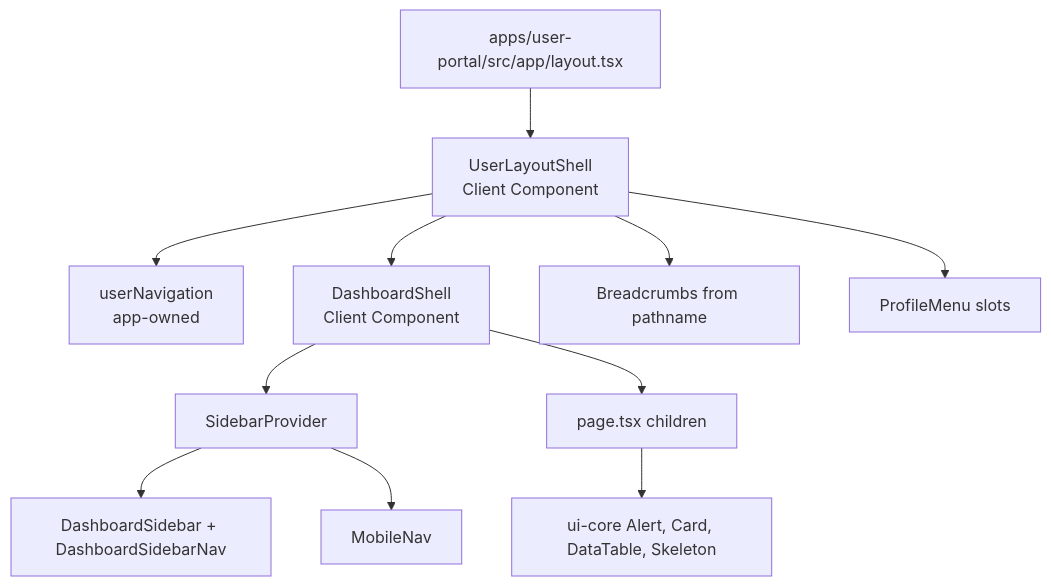
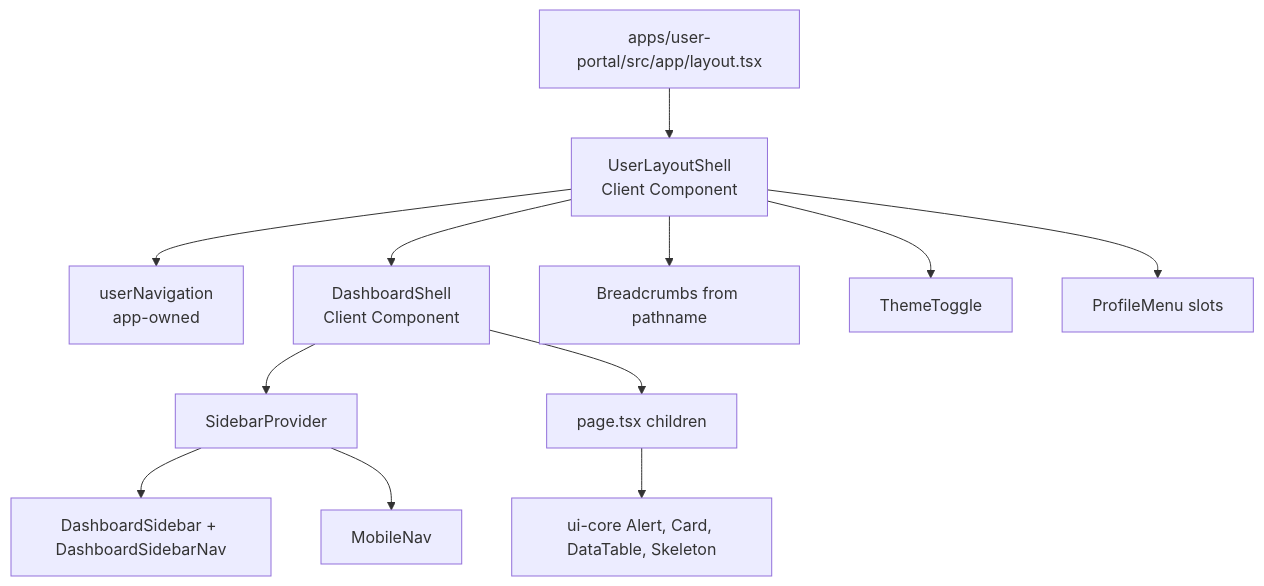
Before and after one commit to chukwuemekanweke/nextjs-project-template: the diagram in docs/architecture/03-shared-dashboard-architecture.md, drawn with Mermaid. The commit also changed other lines of this file and 45 other files, not shown here.

````diff
--- a/docs/architecture/03-shared-dashboard-architecture.md
+++ b/docs/architecture/03-shared-dashboard-architecture.md
@@ -9,13 +9,14 @@
 ```mermaid
 flowchart TD
   layout[apps/user-portal/src/app/layout.tsx] --> shell[UserLayoutShell\nClient Component]
   shell --> nav[userNavigation\napp-owned]
   shell --> ds[DashboardShell\nClient Component]
   ds --> provider[SidebarProvider]
   provider --> sidebar[DashboardSidebar + DashboardSidebarNav]
   provider --> mobile[MobileNav]
   shell --> crumbs[Breadcrumbs from pathname]
+  shell --> theme[ThemeToggle]
   shell --> profile[ProfileMenu slots]
   ds --> page[page.tsx children]
   page --> core[ui-core Alert, Card, DataTable, Skeleton]
 ```
````
